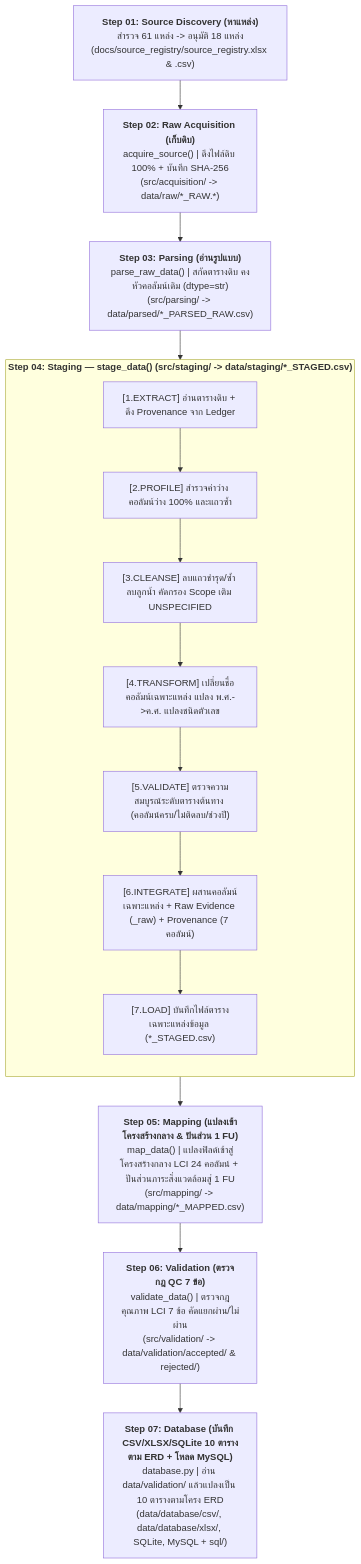
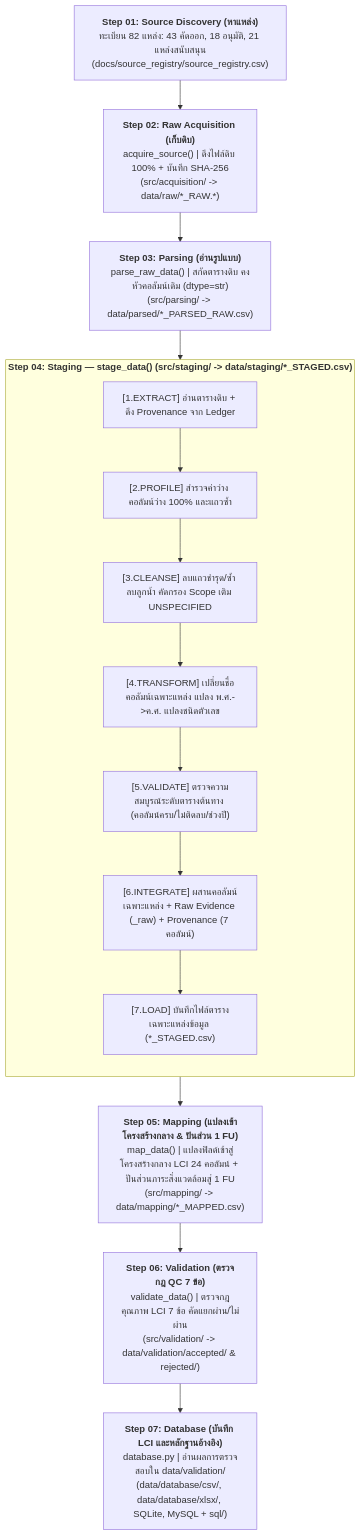
The diagram in README.md (M77TH/CN230-S1-G02-MaRianDB), drawn with Mermaid before and after one commit. The commit also changed other lines of this file and 134 other files, not shown here.

````diff
--- a/README.md
+++ b/README.md
@@ -29,25 +29,25 @@
 ```mermaid
 flowchart TD
-    S1["<b>Step 01: Source Discovery (หาแหล่ง)</b><br/>สำรวจ 61 แหล่ง -> อนุมัติ 18 แหล่ง<br/>(docs/source_registry/source_registry.xlsx & .csv)"]
+    S1["<b>Step 01: Source Discovery (หาแหล่ง)</b><br/>ทะเบียน 82 แหล่ง: 43 คัดออก, 18 อนุมัติ, 21 แหล่งสนับสนุน<br/>(docs/source_registry/source_registry.csv)"]
     S2["<b>Step 02: Raw Acquisition (เก็บดิบ)</b><br/>acquire_source() | ดึงไฟล์ดิบ 100% + บันทึก SHA-256<br/>(src/acquisition/ -> data/raw/*_RAW.*)"]
     S3["<b>Step 03: Parsing (อ่านรูปแบบ)</b><br/>parse_raw_data() | สกัดตารางดิบ คงหัวคอลัมน์เดิม (dtype=str)<br/>(src/parsing/ -> data/parsed/*_PARSED_RAW.csv)"]
 
     subgraph S4["<b>Step 04: Staging — stage_data() (src/staging/ -> data/staging/*_STAGED.csv)</b>"]
         direction TB
         P1["[1.EXTRACT] อ่านตารางดิบ + ดึง Provenance จาก Ledger"]
         P2["[2.PROFILE] สำรวจค่าว่าง คอลัมน์ว่าง 100% และแถวซ้ำ"]
         P3["[3.CLEANSE] ลบแถวชำรุด/ซ้ำ ลบลูกน้ำ คัดกรอง Scope เติม UNSPECIFIED"]
         P4["[4.TRANSFORM] เปลี่ยนชื่อคอลัมน์เฉพาะแหล่ง แปลง พ.ศ.->ค.ศ. แปลงชนิดตัวเลข"]
         P5["[5.VALIDATE] ตรวจความสมบูรณ์ระดับตารางต้นทาง (คอลัมน์ครบ/ไม่ติดลบ/ช่วงปี)"]
         P6["[6.INTEGRATE] ผสานคอลัมน์เฉพาะแหล่ง + Raw Evidence (_raw) + Provenance (7 คอลัมน์)"]
         P7["[7.LOAD] บันทึกไฟล์ตารางเฉพาะแหล่งข้อมูล (*_STAGED.csv)"]
         P1 --> P2 --> P3 --> P4 --> P5 --> P6 --> P7
     end
 
     S5["<b>Step 05: Mapping (แปลงเข้าโครงสร้างกลาง & ปันส่วน 1 FU)</b><br/>map_data() | แปลงฟิลด์เข้าสู่โครงสร้างกลาง LCI 24 คอลัมน์ + ปันส่วนภาระสิ่งแวดล้อมสู่ 1 FU<br/>(src/mapping/ -> data/mapping/*_MAPPED.csv)"]
     S6["<b>Step 06: Validation (ตรวจกฎ QC 7 ข้อ)</b><br/>validate_data() | ตรวจกฎคุณภาพ LCI 7 ข้อ คัดแยกผ่าน/ไม่ผ่าน<br/>(src/validation/ -> data/validation/accepted/ & rejected/)"]
     
-    S7["<b>Step 07: Database (บันทึก CSV/XLSX/SQLite 10 ตารางตาม ERD + โหลด MySQL)</b><br/>database.py | อ่าน data/validation/ แล้วแปลงเป็น 10 ตารางตามโครง ERD<br/>(data/database/csv/, data/database/xlsx/, SQLite, MySQL + sql/)"]
+    S7["<b>Step 07: Database (บันทึก LCI และหลักฐานอ้างอิง)</b><br/>database.py | อ่านผลการตรวจสอบใน data/validation/<br/>(data/database/csv/, data/database/xlsx/, SQLite, MySQL + sql/)"]
 
     S1 --> S2 --> S3 --> S4 --> S5 --> S6 --> S7
 ```
````
